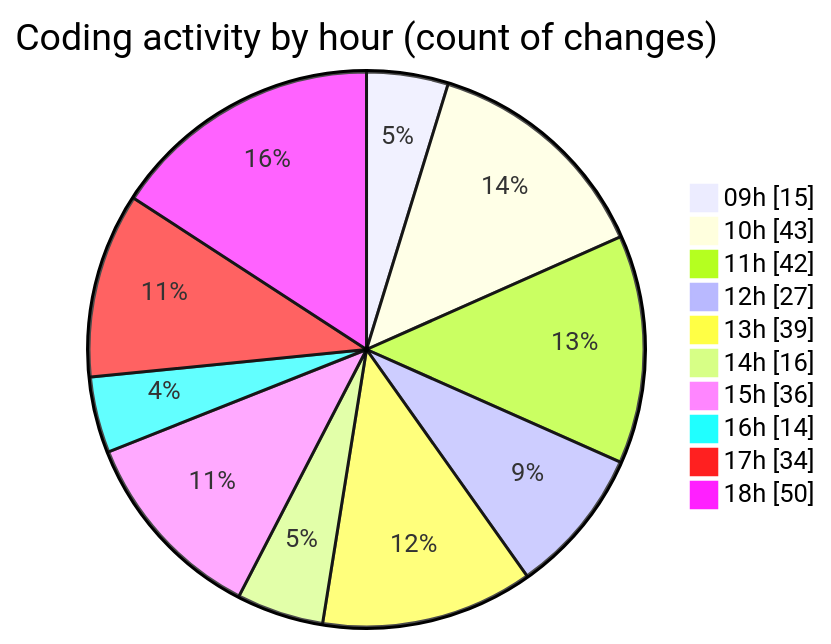
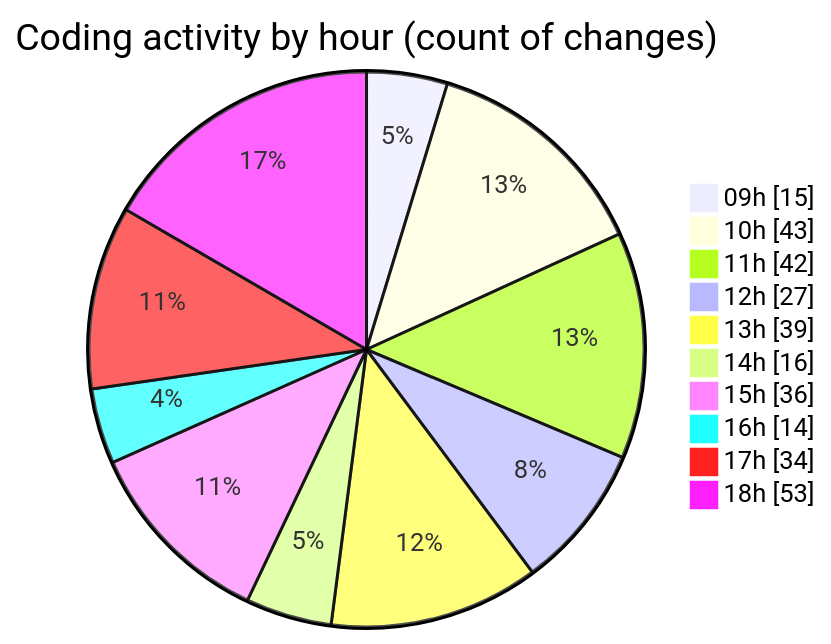
The second of 2 diagrams in 2025-09-30/cda/README.md (momahboobian/code-tracking), drawn with Mermaid before and after one commit. The commit also changed other lines of this file and 1 other file, not shown here.

````diff
--- a/2025-09-30/cda/README.md
+++ b/2025-09-30/cda/README.md
@@ -34,14 +34,14 @@
 ```mermaid
 pie showData
 title Coding activity by hour (count of changes)
 "09h" : 15
 "10h" : 43
 "11h" : 42
 "12h" : 27
 "13h" : 39
 "14h" : 16
 "15h" : 36
 "16h" : 14
 "17h" : 34
-"18h" : 50
+"18h" : 53
 ```
````
